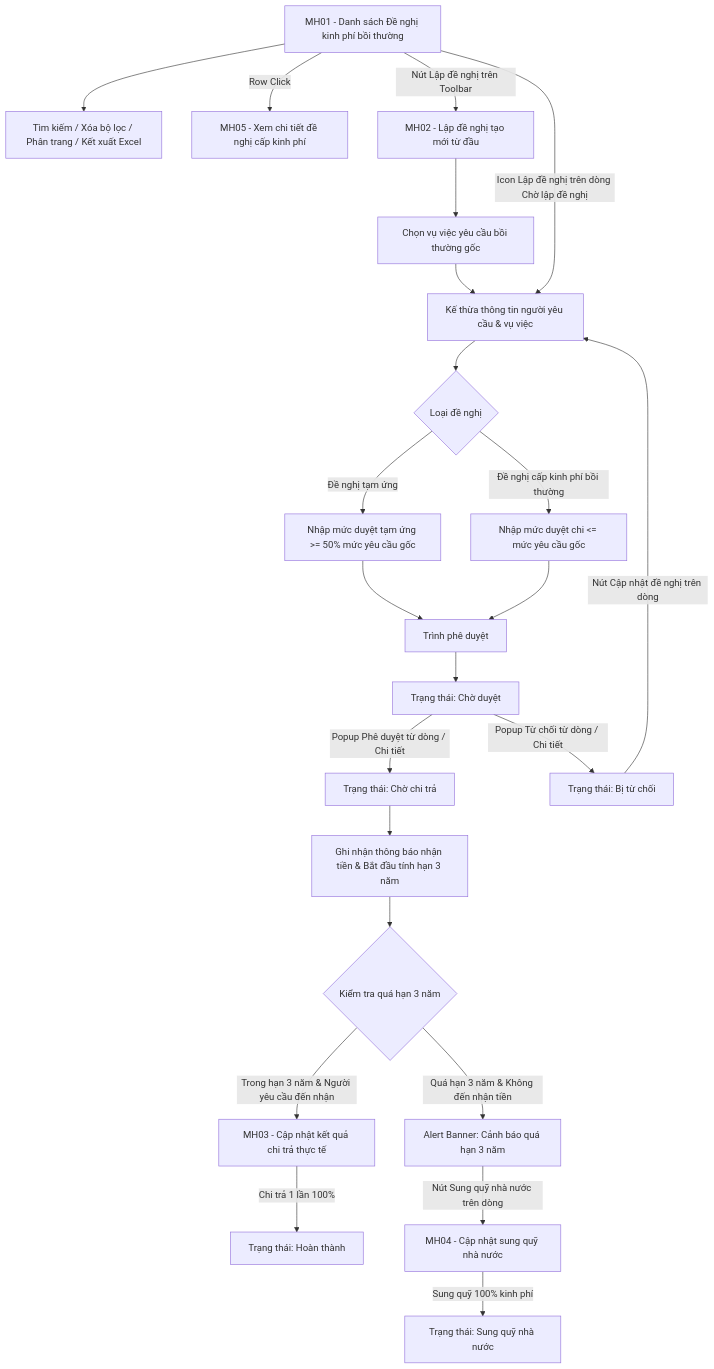
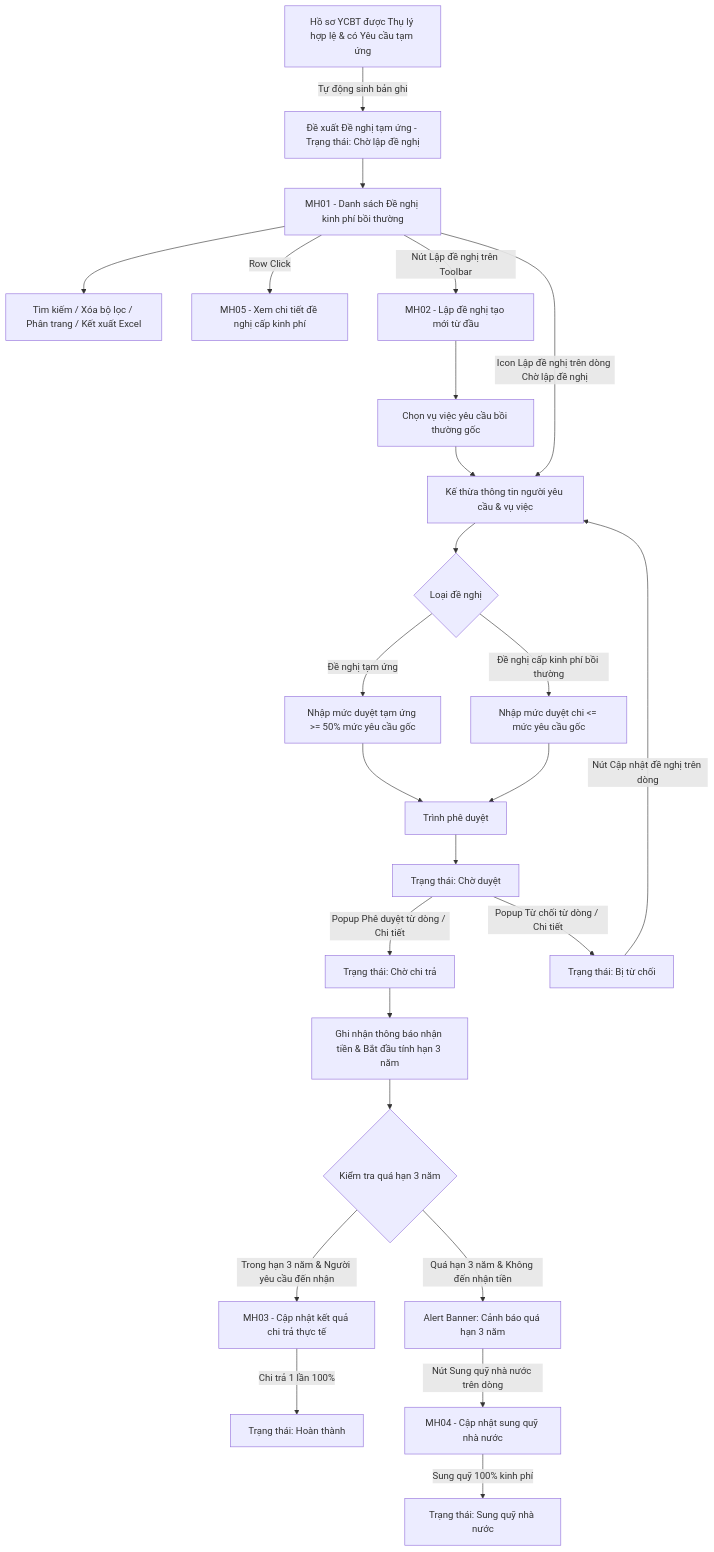
The diagram in Tai lieu phan tich/03_Website_Quan_tri/03_Cong_tac_boi_thuong/SRS_BTNN_GiaiQuyetBT_KinhPhi_BT.md (huyendt2007/BPBD_UI), drawn with Mermaid before and after one commit. The commit also changed other lines of this file and 28 other files, not shown here.

````diff
--- a/Tai lieu phan tich/03_Website_Quan_tri/03_Cong_tac_boi_thuong/SRS_BTNN_GiaiQuyetBT_KinhPhi_BT.md
+++ b/Tai lieu phan tich/03_Website_Quan_tri/03_Cong_tac_boi_thuong/SRS_BTNN_GiaiQuyetBT_KinhPhi_BT.md
@@ -33,25 +33,27 @@
 ```mermaid
 flowchart TD
-    A[MH01 - Danh sách Đề nghị kinh phí bồi thường] --> B[Tìm kiếm / Xóa bộ lọc / Phân trang / Kết xuất Excel]
+    A0[Hồ sơ YCBT được Thụ lý hợp lệ & có Yêu cầu tạm ứng] -->|Tự động sinh bản ghi| A1[Đề xuất Đề nghị tạm ứng - Trạng thái: Chờ lập đề nghị]
+    A1 --> A[MH01 - Danh sách Đề nghị kinh phí bồi thường]
+    A --> B[Tìm kiếm / Xóa bộ lọc / Phân trang / Kết xuất Excel]
     A -->|Row Click| V[MH05 - Xem chi tiết đề nghị cấp kinh phí]
     A -->|Nút Lập đề nghị trên Toolbar| C[MH02 - Lập đề nghị tạo mới từ đầu]
     C --> D[Chọn vụ việc yêu cầu bồi thường gốc]
     D --> E[Kế thừa thông tin người yêu cầu & vụ việc]
     A -->|Icon Lập đề nghị trên dòng Chờ lập đề nghị| E
     E --> F{Loại đề nghị}
     F -->|Đề nghị tạm ứng| F1[Nhập mức duyệt tạm ứng >= 50% mức yêu cầu gốc]
     F -->|Đề nghị cấp kinh phí bồi thường| F2[Nhập mức duyệt chi <= mức yêu cầu gốc]
     F1 --> G[Trình phê duyệt]
     F2 --> G
     G --> H[Trạng thái: Chờ duyệt]
     H -->|Popup Phê duyệt từ dòng / Chi tiết| J[Trạng thái: Chờ chi trả]
     H -->|Popup Từ chối từ dòng / Chi tiết| K[Trạng thái: Bị từ chối]
     K -->|Nút Cập nhật đề nghị trên dòng| E
     J --> P[Ghi nhận thông báo nhận tiền & Bắt đầu tính hạn 3 năm]
     P --> Q{Kiểm tra quá hạn 3 năm}
     Q -->|Trong hạn 3 năm & Người yêu cầu đến nhận| L[MH03 - Cập nhật kết quả chi trả thực tế]
     L -->|Chi trả 1 lần 100%| N[Trạng thái: Hoàn thành]
     Q -->|Quá hạn 3 năm & Không đến nhận tiền| R[Alert Banner: Cảnh báo quá hạn 3 năm]
     R -->|Nút Sung quỹ nhà nước trên dòng| S[MH04 - Cập nhật sung quỹ nhà nước]
     S -->|Sung quỹ 100% kinh phí| U[Trạng thái: Sung quỹ nhà nước]
 ```
````
